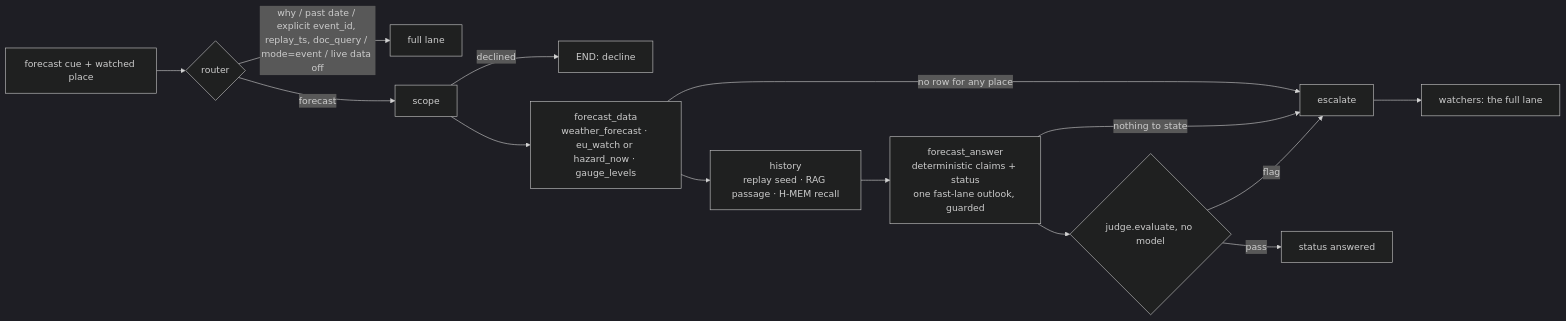
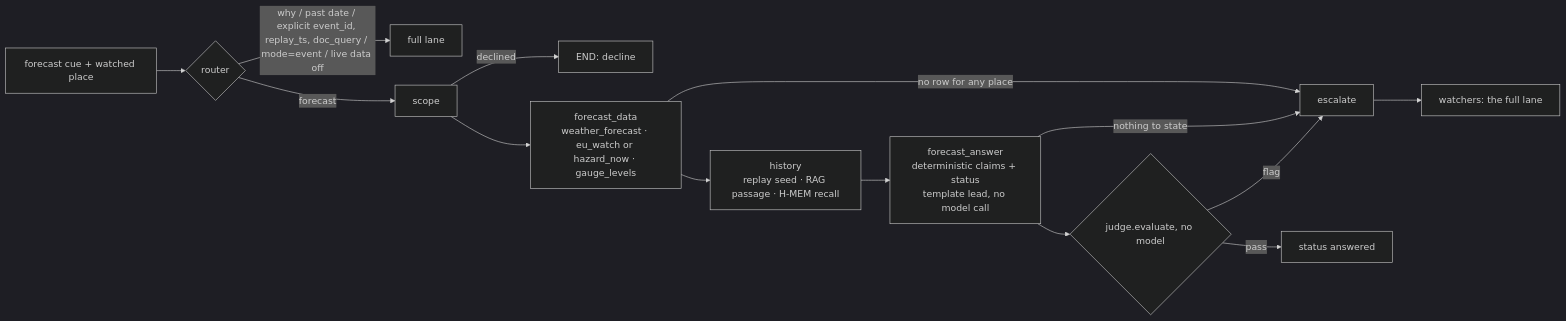
One commit to GenAI-Open-Agent-Hackathon/FloodSenseEU-Hackathon-Monorepo changed the second of 2 diagrams in agents/README.md. Above: the diagram before and after it, drawn with Mermaid (dark theme). The commit also changed other lines of this file and 13 other files, not shown here.

First line of the commit message:
fix(agents): forecast lane review round 1 (no model outlook, fixed cuts, one IN query)

````diff
--- a/agents/README.md
+++ b/agents/README.md
@@ -99,16 +99,16 @@
 ```mermaid
 flowchart LR
   Q[forecast cue + watched place] --> RT{router}
   RT -- why / past date / explicit event_id, replay_ts, doc_query / mode=event / live data off --> FULL[full lane]
   RT -- forecast --> S[scope]
   S -- declined --> D[END: decline]
   S --> FD[forecast_data<br/>weather_forecast · eu_watch or hazard_now · gauge_levels]
   FD -- no row for any place --> E[escalate]
   FD --> H[history<br/>replay seed · RAG passage · H-MEM recall]
-  H --> FA[forecast_answer<br/>deterministic claims + status<br/>one fast-lane outlook, guarded]
+  H --> FA[forecast_answer<br/>deterministic claims + status<br/>template lead, no model call]
   FA -- nothing to state --> E
   FA --> J{judge.evaluate, no model}
   J -- pass --> A[status answered]
   J -- flag --> E
   E --> W[watchers: the full lane]
 ```
````
